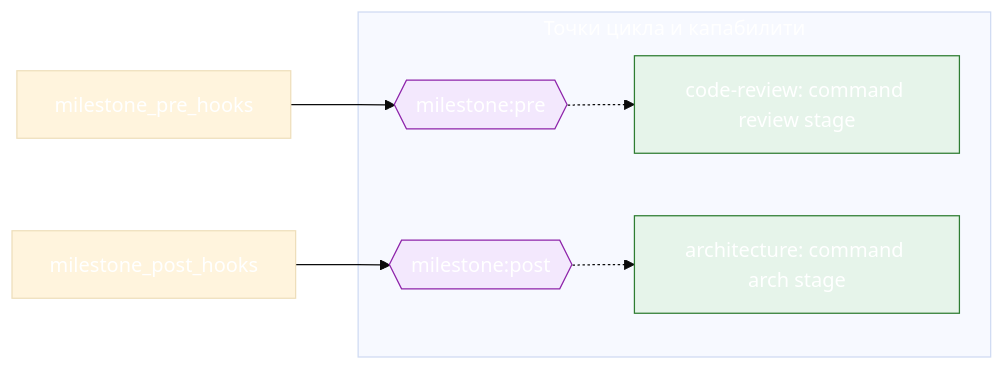
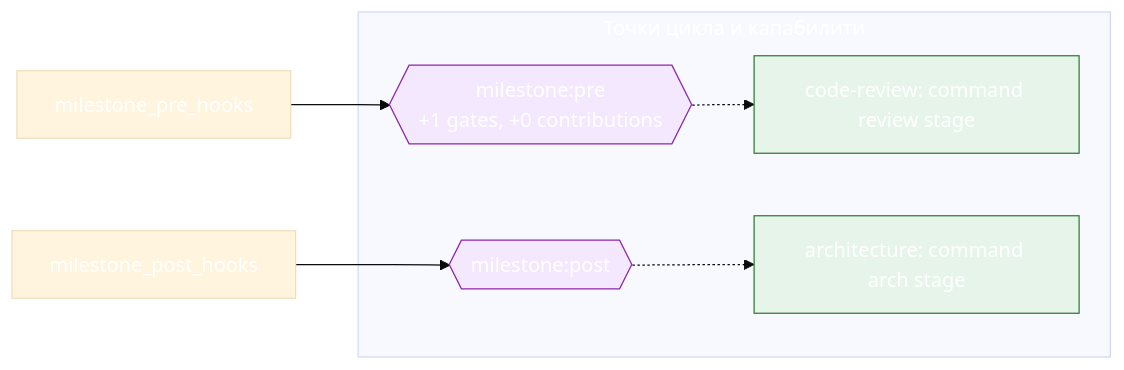
Before and after one commit to Govorin/gsd-core: the second of 2 diagrams in docs/reference/workflow-maps/complete-milestone.md, drawn with Mermaid (base theme). The commit also changed 26 other files, not shown here.

````diff
--- a/docs/reference/workflow-maps/complete-milestone.md
+++ b/docs/reference/workflow-maps/complete-milestone.md
@@ -69,25 +69,25 @@
 ```mermaid
 flowchart LR
   subgraph g_points["Точки цикла и капабилити"]
-    p_milestone_pre{{"milestone#58;pre"}}:::point
+    p_milestone_pre{{"milestone#58;pre<br/>+1 gates, +0 contributions"}}:::point
     c_milestone_pre_code_review_command_review_stage["code-review#58; command review stage"]:::capability
     p_milestone_post{{"milestone#58;post"}}:::point
     c_milestone_post_architecture_command_arch_stage["architecture#58; command arch stage"]:::capability
   end
   u_step_milestone_pre_hooks["milestone_pre_hooks"]
   u_step_milestone_post_hooks["milestone_post_hooks"]
   p_milestone_pre -.-> c_milestone_pre_code_review_command_review_stage
   u_step_milestone_pre_hooks --> p_milestone_pre
   p_milestone_post -.-> c_milestone_post_architecture_command_arch_stage
   u_step_milestone_post_hooks --> p_milestone_post
   classDef missing fill:#fdecea,stroke:#d33,stroke-dasharray:4 3
   classDef unparsed fill:#f5f5f5,stroke:#999999,stroke-dasharray:4 3,color:#555
   classDef conditional fill:#fff8e1,stroke:#b28704
   classDef root fill:#263238,color:#ffffff,stroke:#263238
   classDef agent fill:#e8f0fe,stroke:#3367d6
   classDef builtin fill:#eeeeee,stroke:#777777
   classDef capability fill:#e6f4ea,stroke:#2e7d32
   classDef dynamic fill:#f2f2f2,stroke:#888,stroke-dasharray:2 2
   classDef point fill:#f3e8fd,stroke:#8e24aa
   classDef workflow fill:#ffffff,stroke:#555555
 ```
````
